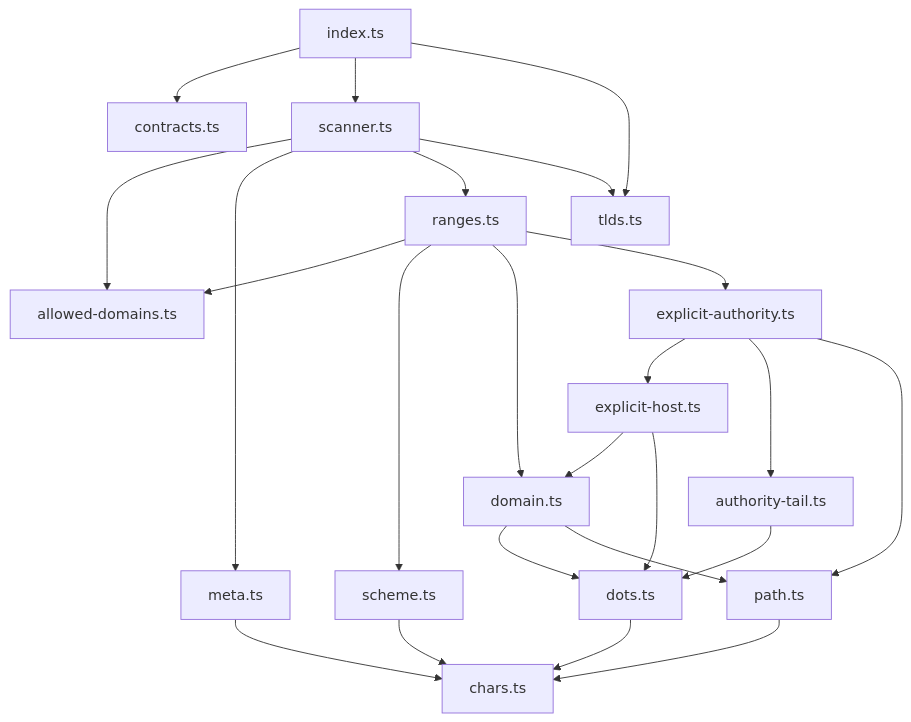
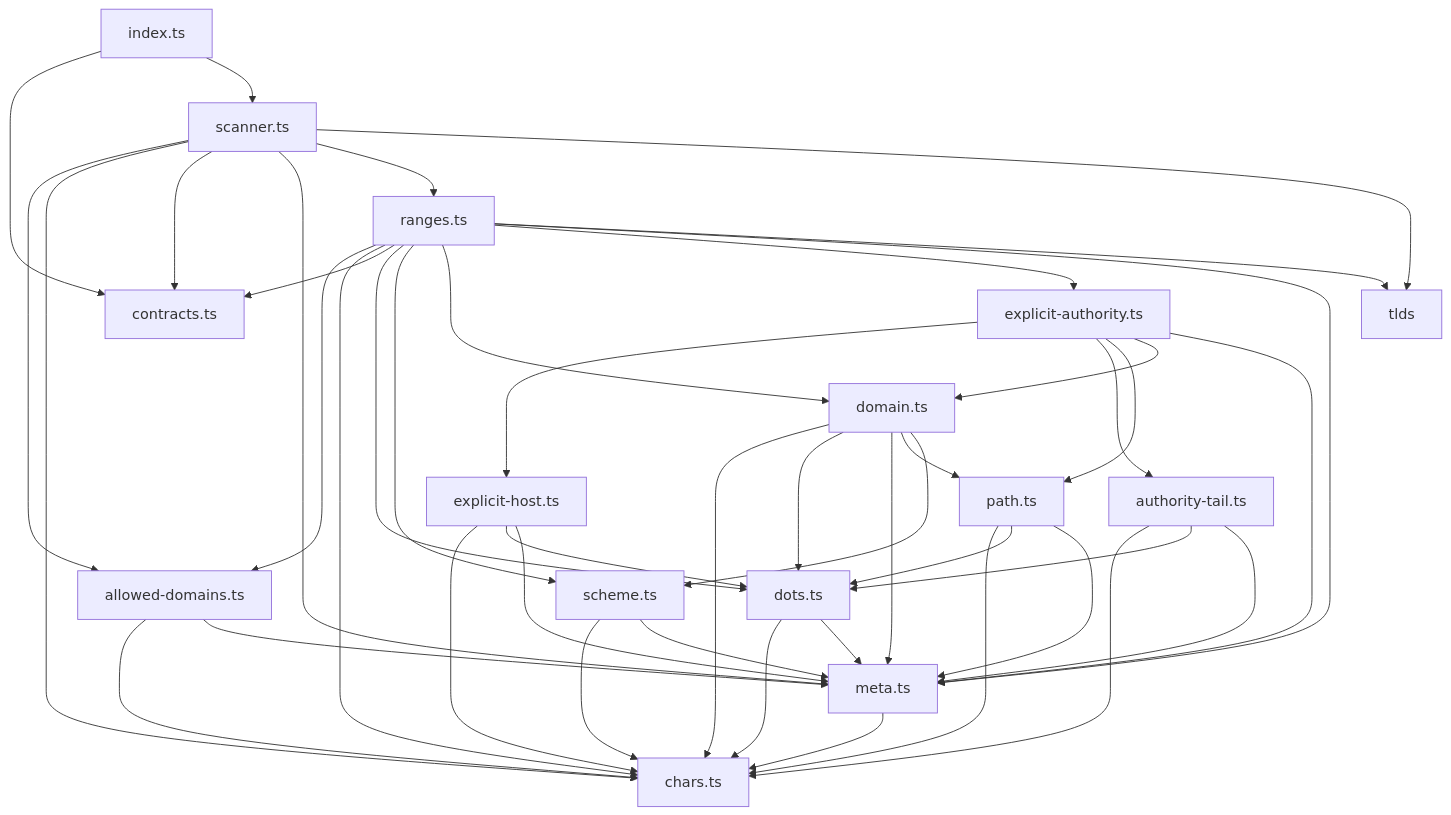
The second of 2 diagrams in packages/url/docs/architecture.md (textfilters/textfilters), drawn with Mermaid before and after one commit. The commit also changed other lines of this file and 20 other files, not shown here.

````diff
--- a/packages/url/docs/architecture.md
+++ b/packages/url/docs/architecture.md
@@ -49,26 +54,46 @@
 ```mermaid
 graph TD
   index["index.ts"] --> contracts["contracts.ts"]
   index --> scanner["scanner.ts"]
-  index --> tlds["tlds.ts"]
   scanner --> allowed["allowed-domains.ts"]
+  scanner --> chars["chars.ts"]
+  scanner --> contracts
   scanner --> meta["meta.ts"]
   scanner --> ranges["ranges.ts"]
   scanner --> tlds
   ranges --> allowed
+  ranges --> chars
+  ranges --> contracts
+  ranges --> dots["dots.ts"]
   ranges --> scheme["scheme.ts"]
   ranges --> domain["domain.ts"]
   ranges --> explicit["explicit-authority.ts"]
+  ranges --> meta
+  ranges --> tlds
+  allowed --> chars
+  allowed --> meta
   explicit --> host["explicit-host.ts"]
   explicit --> tail["authority-tail.ts"]
   explicit --> path["path.ts"]
-  host --> domain
-  host --> dots["dots.ts"]
+  explicit --> domain
+  explicit --> meta
+  host --> chars
+  host --> dots
+  host --> meta
+  tail --> chars
   tail --> dots
-  domain --> dots["dots.ts"]
+  tail --> meta
+  domain --> chars
+  domain --> dots
+  domain --> meta
   domain --> path
-  scheme --> chars["chars.ts"]
+  domain --> scheme
+  scheme --> chars
+  scheme --> meta
   dots --> chars
+  dots --> meta
   meta --> chars
   path --> chars
+  path --> dots
+  path --> meta
 ```
````
